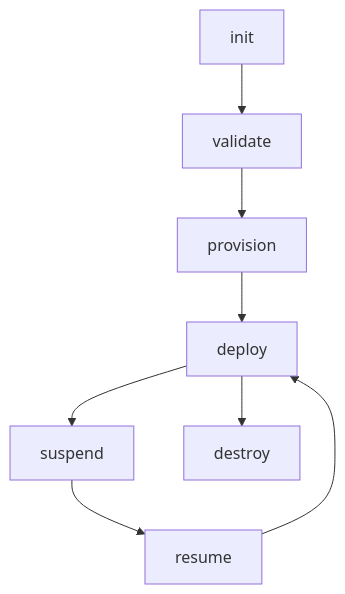
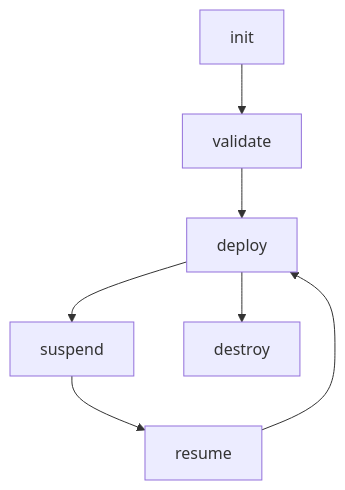
The third of 4 diagrams in docs/user-guide.md (splunk/splunk-platform-automator), drawn with Mermaid before and after one commit. The commit also changed other lines of this file and 50 other files, not shown here.

First line of the commit message:
Fold host create into spa deploy and drop spa provision.

````diff
--- a/docs/user-guide.md
+++ b/docs/user-guide.md
@@ -133,13 +133,12 @@
 ```mermaid
 flowchart TD
   init["init"]
   validate["validate"]
-  provision["provision"]
   deploy["deploy"]
   suspend["suspend"]
   resume["resume"]
   destroy["destroy"]
-  init --> validate --> provision --> deploy
+  init --> validate --> deploy
   deploy --> suspend --> resume --> deploy
   deploy --> destroy
 ```
````
